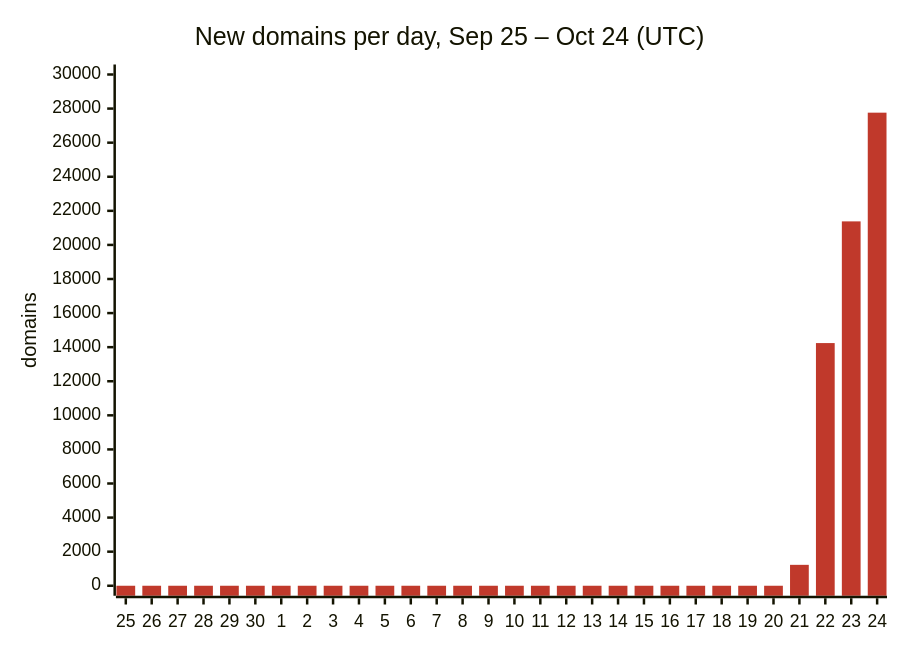
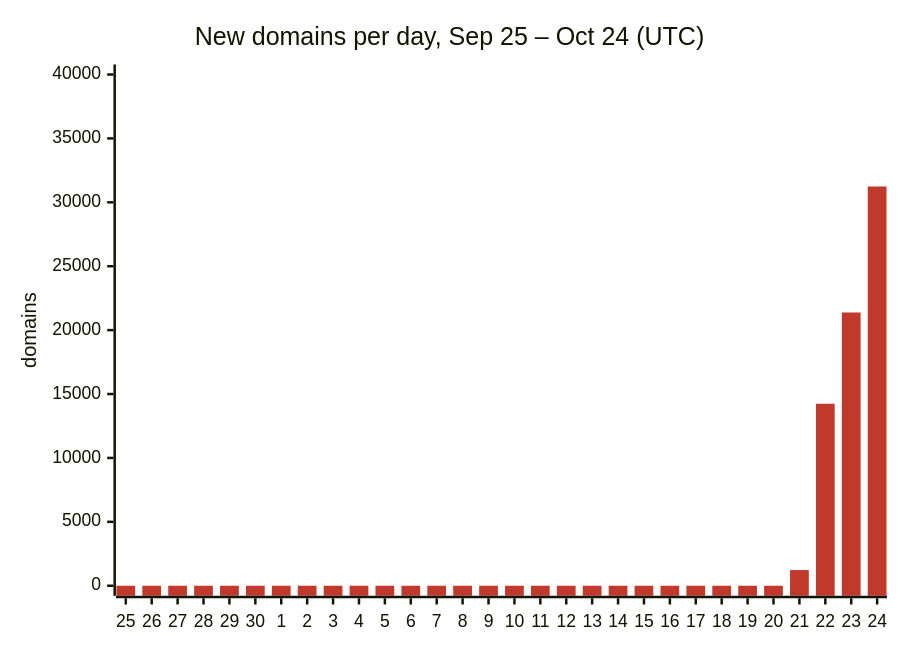
Before and after one commit to DNSBunker/CTI: the first of 3 diagrams in README.md, drawn with Mermaid. The commit also changed other lines of this file and 3 other files, not shown here.

````diff
--- a/README.md
+++ b/README.md
@@ -29,8 +29,8 @@
 ```mermaid
 %%{init: {"themeVariables": {"xyChart": {"plotColorPalette": "#c0392b"}}}}%%
 xychart-beta
     title "New domains per day, Sep 25 – Oct 24 (UTC)"
     x-axis ["25", "26", "27", "28", "29", "30", "1", "2", "3", "4", "5", "6", "7", "8", "9", "10", "11", "12", "13", "14", "15", "16", "17", "18", "19", "20", "21", "22", "23", "24"]
-    y-axis "domains" 0 --> 30000
-    bar [0, 0, 0, 0, 0, 0, 0, 0, 0, 0, 0, 0, 0, 0, 0, 0, 0, 0, 0, 0, 0, 0, 0, 0, 0, 0, 1227, 14240, 21381, 27760]
+    y-axis "domains" 0 --> 40000
+    bar [0, 0, 0, 0, 0, 0, 0, 0, 0, 0, 0, 0, 0, 0, 0, 0, 0, 0, 0, 0, 0, 0, 0, 0, 0, 0, 1227, 14240, 21381, 31238]
 ```
````
